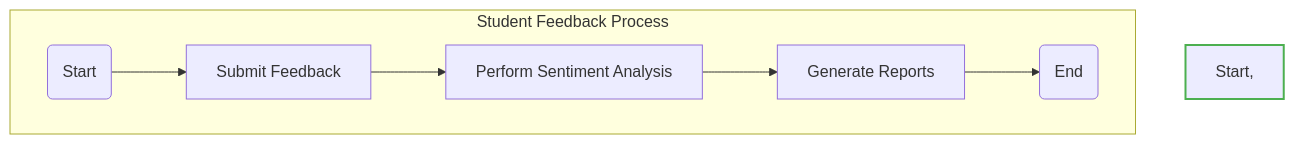
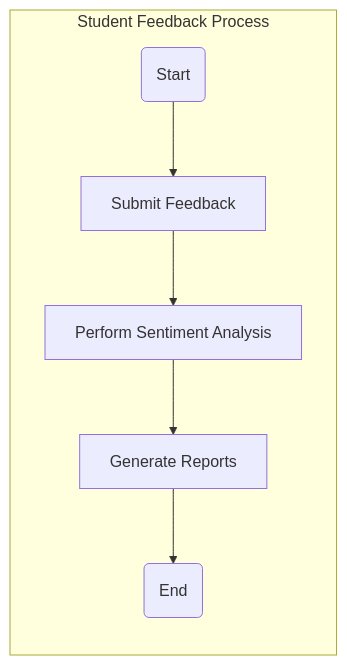
The third of 3 diagrams in README.md (rashidkisejjere0784/Student-Feedback-System), drawn with Mermaid before and after one commit.

````diff
--- a/README.md
+++ b/README.md
@@ -89,15 +89,17 @@
 ```mermaid
-graph TD
+graph LR
 
     subgraph Student Feedback Process
         Start(Start)
         SubmitFeedback[Submit Feedback]
         PerformAnalysis[Perform Sentiment Analysis]
         GenerateReport[Generate Reports]
         End(End)
     end
 
-    Start --> SubmitFeedback --> PerformAnalysis --> GenerateReport --> End
+    Start --> SubmitFeedback
+    SubmitFeedback --> PerformAnalysis
+    PerformAnalysis --> GenerateReport
+    GenerateReport --> End
 
-    style Start, End fill:#77DD77,stroke:#4CAF50,stroke-width:2px
 ```
````
